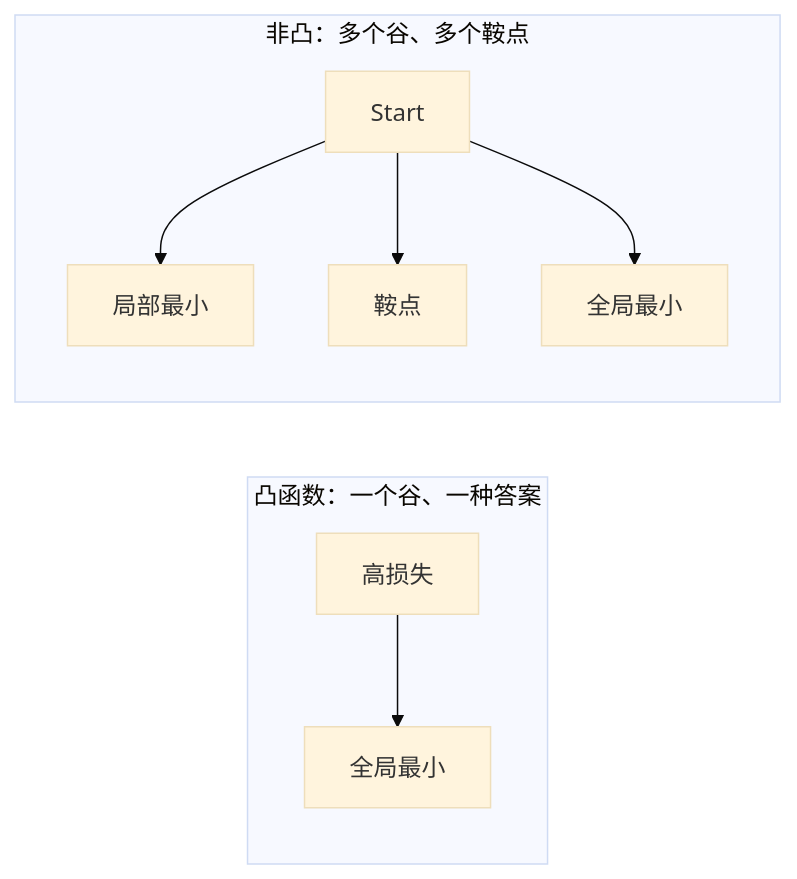
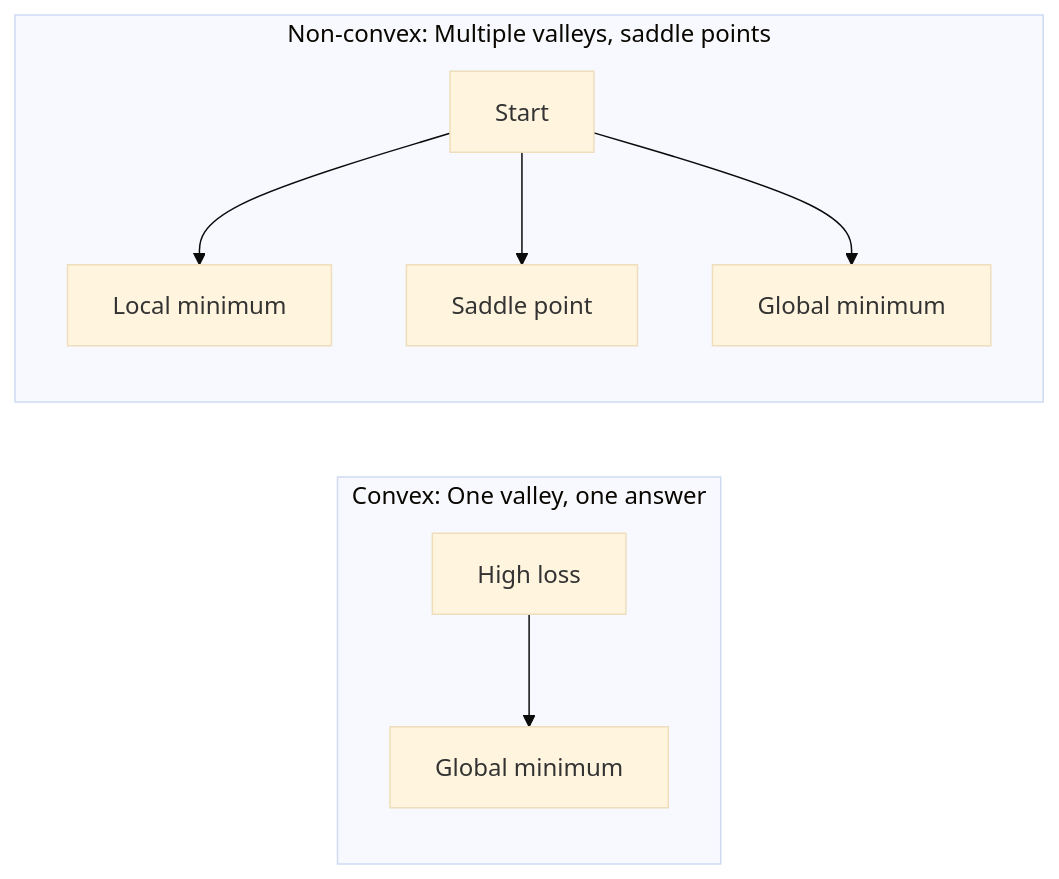
Before and after one commit to omigaZen/ai-engineering-from-scratch: the fourth of 5 diagrams in phases/01-math-foundations/08-optimization/docs/zh.md, drawn with Mermaid (base theme). The commit also changed other lines of this file and 32 other files, not shown here.

````diff
--- a/phases/01-math-foundations/08-optimization/docs/zh.md
+++ b/phases/01-math-foundations/08-optimization/docs/zh.md
@@ -167,13 +167,13 @@
 ```mermaid
 graph LR
-    subgraph Convex["凸函数：一个谷、一种答案"]
+    subgraph Convex["Convex: One valley, one answer"]
         direction TB
-        CV1["高损失"] --> CV2["全局最小"]
+        CV1["High loss"] --> CV2["Global minimum"]
     end
-    subgraph NonConvex["非凸：多个谷、多个鞍点"]
+    subgraph NonConvex["Non-convex: Multiple valleys, saddle points"]
         direction TB
-        NC1["Start"] --> NC2["局部最小"]
-        NC1 --> NC3["鞍点"]
-        NC1 --> NC4["全局最小"]
+        NC1["Start"] --> NC2["Local minimum"]
+        NC1 --> NC3["Saddle point"]
+        NC1 --> NC4["Global minimum"]
     end
 ```
````
